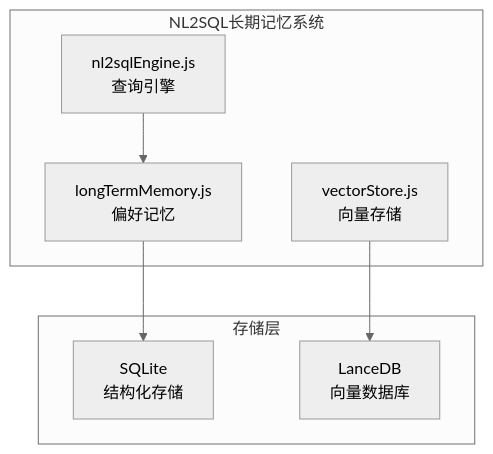
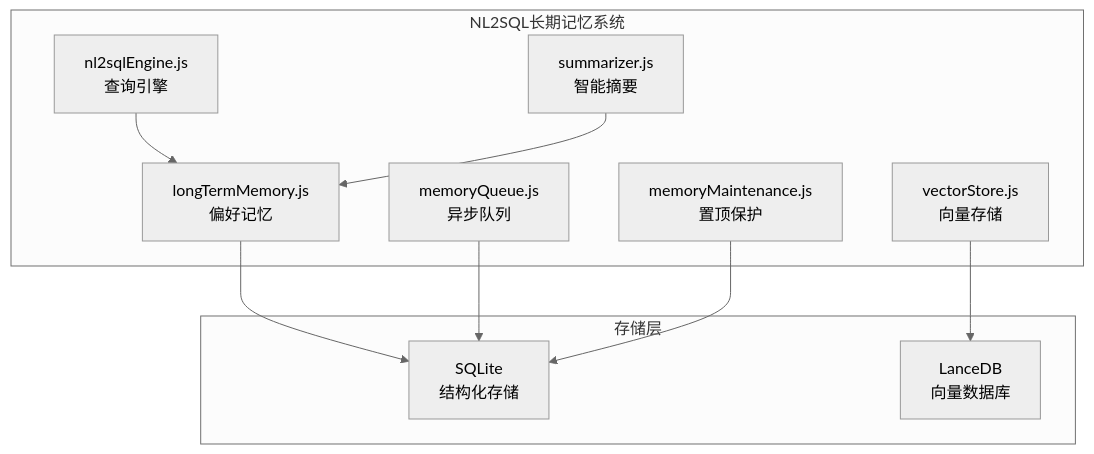
One commit to HanHuiOnLine/724-office changed the second of 13 diagrams in .qoder/repowiki/zh/content/核心模块详解/智能记忆系统 (memory.py).md. Above: the diagram before and after it, drawn with Mermaid (neutral theme). The commit also changed other lines of this file and 7 other files, not shown here.

````diff
--- a/.qoder/repowiki/zh/content/核心模块详解/智能记忆系统 (memory.py).md
+++ b/.qoder/repowiki/zh/content/核心模块详解/智能记忆系统 (memory.py).md
@@ -78,15 +95,21 @@
 ```mermaid
 graph TB
 subgraph "NL2SQL长期记忆系统"
 N1[nl2sqlEngine.js<br/>查询引擎]
 N2[longTermMemory.js<br/>偏好记忆]
 N3[vectorStore.js<br/>向量存储]
+N4[memoryQueue.js<br/>异步队列]
+N5[summarizer.js<br/>智能摘要]
+N6[memoryMaintenance.js<br/>置顶保护]
 end
 subgraph "存储层"
 DB[SQLite<br/>结构化存储]
 VDB[LanceDB<br/>向量数据库]
 end
 N1 --> N2
 N2 --> DB
 N3 --> VDB
+N4 --> DB
+N5 --> N2
+N6 --> DB
 ```
````
